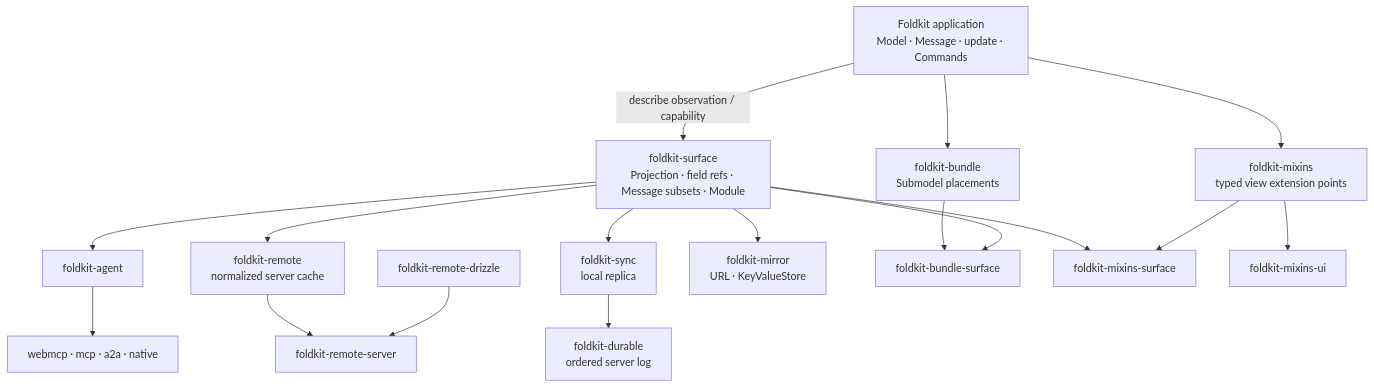
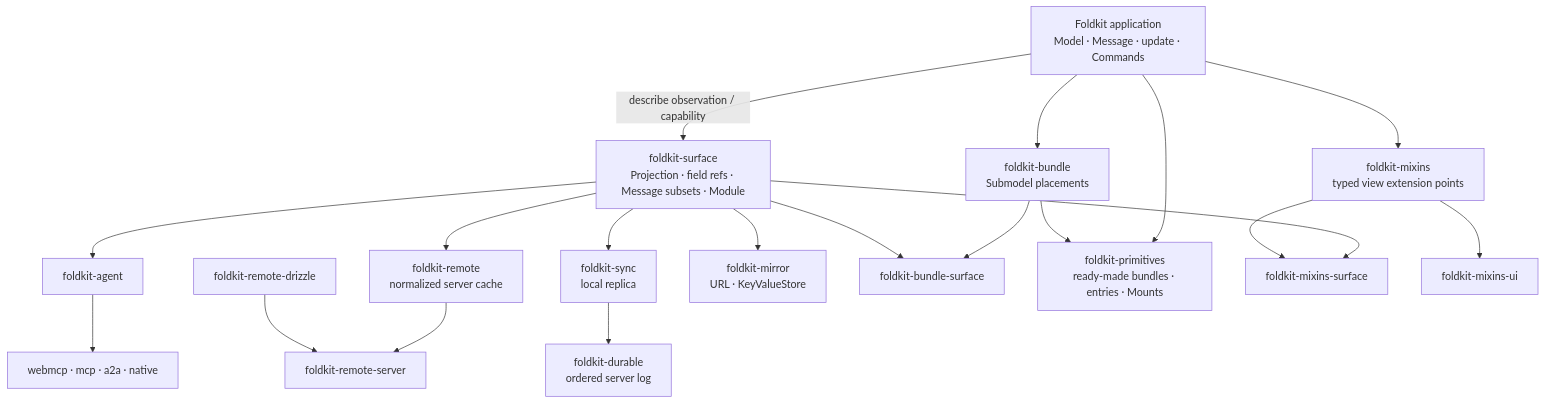
The diagram in README.md (doeixd/foldkit-plus), drawn with Mermaid before and after one commit. The commit also changed other lines of this file and 2 other files, not shown here.

Commit message:
Surface foldkit-primitives in root README, RFC, and bundle skill

````diff
--- a/README.md
+++ b/README.md
@@ -248,31 +249,34 @@
 ```mermaid
 flowchart TB
   app["Foldkit application<br/>Model · Message · update · Commands"]
   surface["foldkit-surface<br/>Projection · field refs · Message subsets · Module"]
   agent["foldkit-agent"]
   agentAdapters["webmcp · mcp · a2a · native"]
   remote["foldkit-remote<br/>normalized server cache"]
   server["foldkit-remote-server"]
   drizzle["foldkit-remote-drizzle"]
   sync["foldkit-sync<br/>local replica"]
   durable["foldkit-durable<br/>ordered server log"]
   mirror["foldkit-mirror<br/>URL · KeyValueStore"]
   bundle["foldkit-bundle<br/>Submodel placements"]
   bundleSurface["foldkit-bundle-surface"]
+  primitives["foldkit-primitives<br/>ready-made bundles · entries · Mounts"]
   mixins["foldkit-mixins<br/>typed view extension points"]
   mixinsSurface["foldkit-mixins-surface"]
   mixinsUi["foldkit-mixins-ui"]
 
   app -- "describe observation / capability" --> surface
   app --> mixins
   app --> bundle --> bundleSurface
+  app --> primitives
+  bundle --> primitives
   surface --> bundleSurface
   surface --> agent --> agentAdapters
   surface --> remote --> server
   drizzle --> server
   surface --> sync --> durable
   surface --> mirror
   surface --> mixinsSurface
   mixins --> mixinsSurface
   mixins --> mixinsUi
 ```
````
